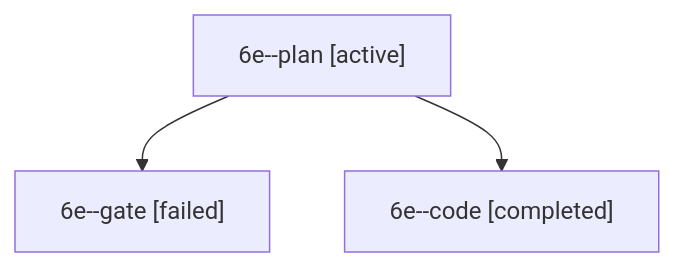
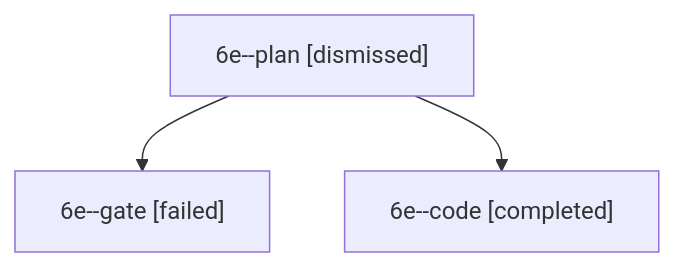
The diagram in sessions/bbugyi200.apollo.6e.md (bobs-org/bob-cli--agents), drawn with Mermaid before and after one commit. The commit also changed other lines of this file and 60 other files, not shown here.

````diff
--- a/sessions/bbugyi200.apollo.6e.md
+++ b/sessions/bbugyi200.apollo.6e.md
@@ -9,8 +9,8 @@
 ```mermaid
 flowchart TD
-  n0["6e--plan [active]"]
+  n0["6e--plan [dismissed]"]
   n1["6e--gate [failed]"]
   n0 --> n1
   n2["6e--code [completed]"]
   n0 --> n2
 ```
````
